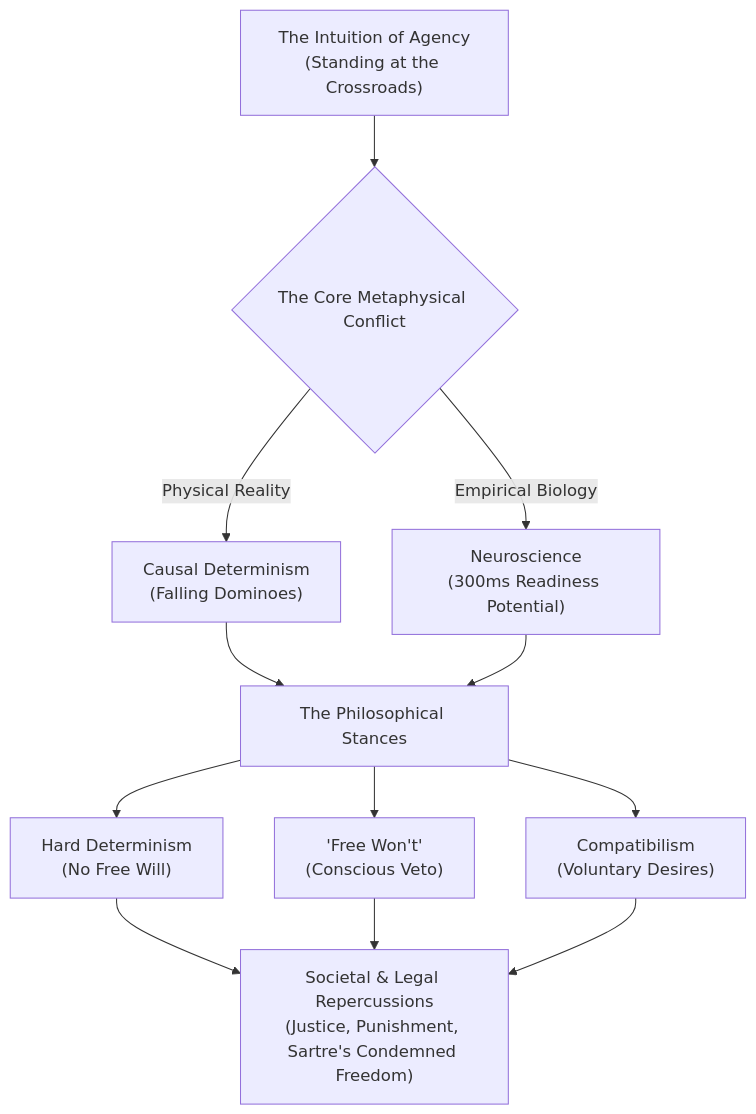
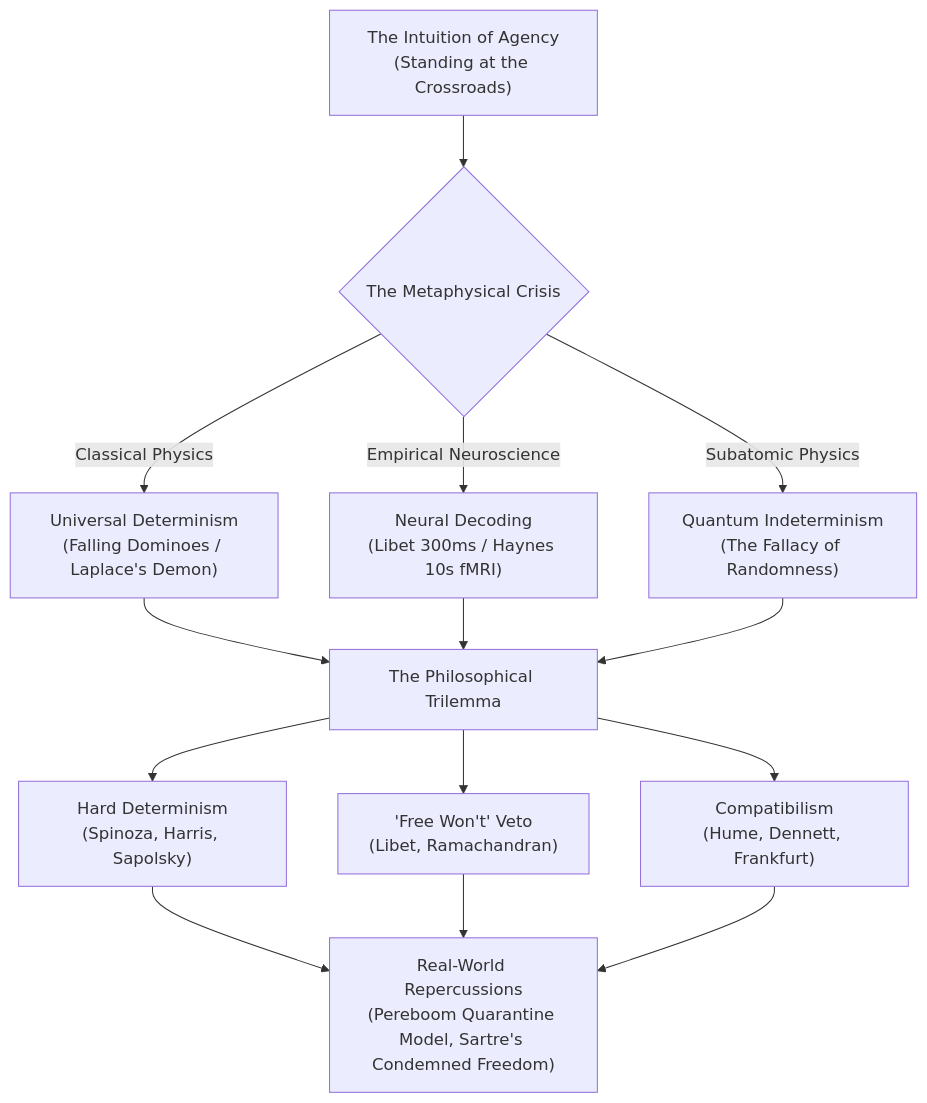
One commit to arezoyetoo-dotcom/free-will changed the diagram in DOCUMENTATION.md. Above: the diagram before and after it, drawn with Mermaid. The commit also changed other lines of this file and 4 other files, not shown here.

Commit message:
fix(domino): resolve physics freeze & collision mechanics; feat(lecture): expand 14-slide master curriculum with Frankfurt, Sapolsky, Quantum, and Schurger modules

````diff
--- a/DOCUMENTATION.md
+++ b/DOCUMENTATION.md
@@ -30,11 +33,12 @@
 ```mermaid
 flowchart TD
-    A["The Intuition of Agency<br>(Standing at the Crossroads)"] --> B{"The Core Metaphysical Conflict"}
-    B -->|"Physical Reality"| C["Causal Determinism<br>(Falling Dominoes)"]
-    B -->|"Empirical Biology"| D["Neuroscience<br>(300ms Readiness Potential)"]
-    C & D --> E["The Philosophical Stances"]
-    E --> F["Hard Determinism<br>(No Free Will)"]
-    E --> G["'Free Won't'<br>(Conscious Veto)"]
-    E --> H["Compatibilism<br>(Voluntary Desires)"]
-    F & G & H --> I["Societal & Legal Repercussions<br>(Justice, Punishment, Sartre's Condemned Freedom)"]
+    A["The Intuition of Agency<br>(Standing at the Crossroads)"] --> B{"The Metaphysical Crisis"}
+    B -->|"Classical Physics"| C["Universal Determinism<br>(Falling Dominoes / Laplace's Demon)"]
+    B -->|"Empirical Neuroscience"| D["Neural Decoding<br>(Libet 300ms / Haynes 10s fMRI)"]
+    B -->|"Subatomic Physics"| E["Quantum Indeterminism<br>(The Fallacy of Randomness)"]
+    C & D & E --> F["The Philosophical Trilemma"]
+    F --> G["Hard Determinism<br>(Spinoza, Harris, Sapolsky)"]
+    F --> H["'Free Won't' Veto<br>(Libet, Ramachandran)"]
+    F --> I["Compatibilism<br>(Hume, Dennett, Frankfurt)"]
+    G & H & I --> J["Real-World Repercussions<br>(Pereboom Quarantine Model, Sartre's Condemned Freedom)"]
 ```
````
